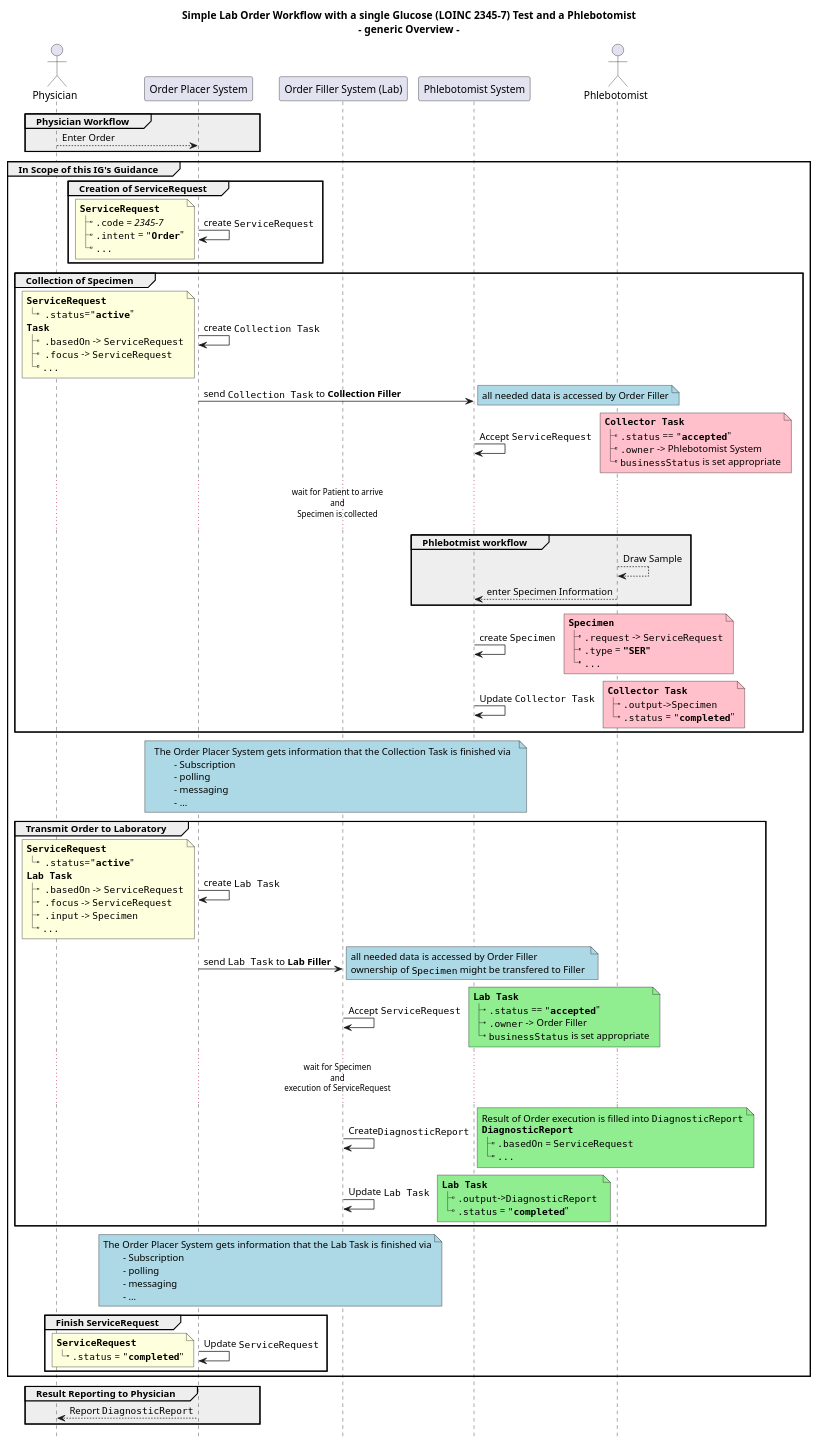
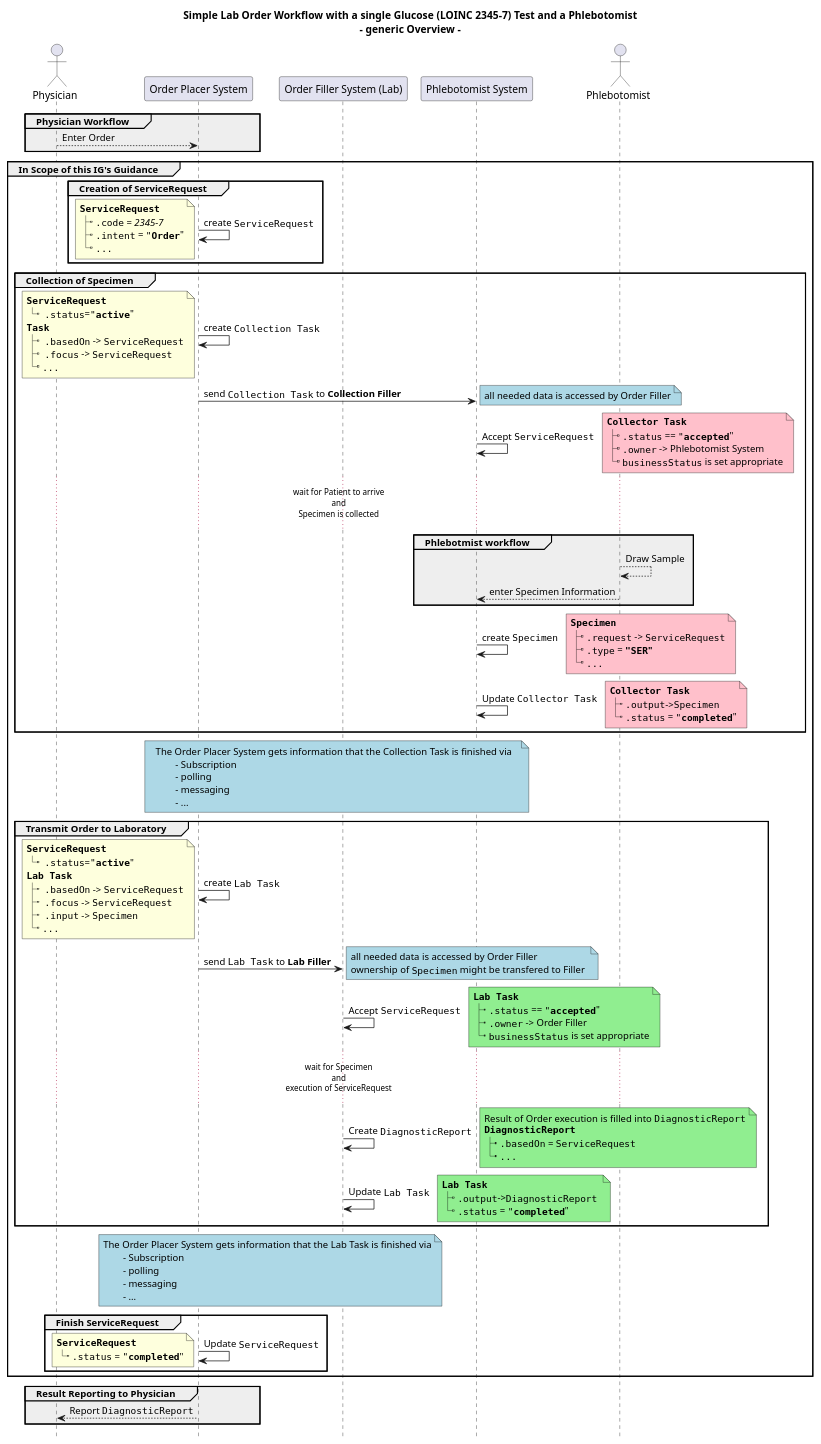
One commit to HL7/fhir-cow-ig changed the diagram in input/images-source/ex2-single-lab-order-flow-with-phlebotomist.plantuml. Above: the diagram before and after it, drawn with PlantUML.

Commit message:
Update ex2-single-lab-order-flow-with-phlebotomist.plantuml
Pretty print the plantuml File.

```diff
--- a/input/images-source/ex2-single-lab-order-flow-with-phlebotomist.plantuml
+++ b/input/images-source/ex2-single-lab-order-flow-with-phlebotomist.plantuml
@@ -1,171 +1,174 @@
 @startuml
 
 'skinparam sequenceMessageAlign center
 title 
 	Simple Lab Order Workflow with a single Glucose (LOINC 2345-7) Test and a Phlebotomist
 	- generic Overview -
 end title
 hide footbox
 
 'note across #turquoise
 '	**Assumptions:**
 '	- Physician knows which Specimen to draw (i.e. via an Order Catalog)
 '	- Specimen is drawn at a Phlebotomist
 '	- It is clear which Order Filler will execute the Order
 '	- ""ServiceRequest"" is owned by the Order Placer; changes are allowed only to be done by Placer
 '	- ""Task"" is a shared resource of Placer and Filler and updated by both
 '	- Order Result is reported via ""DiagnosticReport""
 '	- ""DiagnosticReport"" is owned by the Order Filler
 '	- Order is accepted and is fulfilled 
 '	- Lab internal flow is **out of scope**
 '	- All needed data is accessible
 '	- Phlebotmist knows where to send the sample to
 '	- Phlebotmist knows what to draw
 '	**Not defined**
 '	- Ownership of Specimen Resource (Ownership should/could/might change with the physical location)
 '	- Transport of the Sample
 'end note
 
 actor Physician as Doc
 participant "Order Placer System" as Placer
 participant "Order Filler System (Lab)" as Filler
 participant "Phlebotomist System" as Collector
 actor "Phlebotomist" as Phlebo
 
 
 group #eee Physician Workflow 
 	Doc --> Placer: Enter Order
 end
 
 group In Scope of this IG's Guidance 
 
-group Creation of ServiceRequest
-	Placer -> Placer: create ""ServiceRequest"" 
-	note left 
-		**""ServiceRequest""**
-		|_ "".code"" = //2345-7//
-		|_ "".intent"" = """**Order**"""
-		|_ ""...""
-	end note
-end
 
-group Collection of Specimen
-	Placer -> Placer: create ""Collection Task"" 
-	note left 
-		**""ServiceRequest""**
-		|_  "".status""="""**active**"""
-		**""Task""**
-		|_  "".basedOn"" -> ""ServiceRequest""
-		|_  "".focus"" -> ""ServiceRequest""
-		|_ ""...""
-	end note 
-	
-	Placer -> Collector: send ""Collection Task"" to **Collection Filler** 
-	note right #lightblue
-		all needed data is accessed by Order Filler
-	end note
-
-	Collector -> Collector: Accept ""ServiceRequest"" 
-	note right #pink
-		**""Collector Task""**
-		|_ "".status"" == """**accepted**"""
-		|_ "".owner"" -> Phlebotomist System 
-		|_ ""businessStatus"" is set appropriate
-	end note
-	
-	... wait for Patient to arrive \nand\nSpecimen is collected...
-	
-	group #eee Phlebotmist workflow
-		Phlebo --> Phlebo: Draw Sample
-		Phlebo --> Collector: enter Specimen Information
+	group Creation of ServiceRequest
+		Placer -> Placer: create ""ServiceRequest"" 
+		note left 
+			**""ServiceRequest""**
+			|_ "".code"" = //2345-7//
+			|_ "".intent"" = """**Order**"""
+			|_ ""...""
+		end note
 	end
 	
-	Collector -> Collector: create ""Specimen"" 
-	note right #pink
-		**""Specimen""**
-		|_ "".request"" -> ""ServiceRequest""
-		|_ "".type"" = **"""SER"""**
-		|_ ""...""
+
+	group Collection of Specimen
+		
+		Placer -> Placer: create ""Collection Task"" 
+		note left 
+			**""ServiceRequest""**
+			|_  "".status""="""**active**"""
+			**""Task""**
+			|_  "".basedOn"" -> ""ServiceRequest""
+			|_  "".focus"" -> ""ServiceRequest""
+			|_ ""...""
+		end note 
+		
+		Placer -> Collector: send ""Collection Task"" to **Collection Filler** 
+		note right #lightblue
+			all needed data is accessed by Order Filler
+		end note
+
+		Collector -> Collector: Accept ""ServiceRequest"" 
+		note right #pink
+			**""Collector Task""**
+			|_ "".status"" == """**accepted**"""
+			|_ "".owner"" -> Phlebotomist System 
+			|_ ""businessStatus"" is set appropriate
+		end note
+		
+		... wait for Patient to arrive \nand\nSpecimen is collected...
+		
+		group #eee Phlebotmist workflow
+			Phlebo --> Phlebo: Draw Sample
+			Phlebo --> Collector: enter Specimen Information
+		end
+		
+		Collector -> Collector: create ""Specimen"" 
+		note right #pink
+			**""Specimen""**
+			|_ "".request"" -> ""ServiceRequest""
+			|_ "".type"" = **"""SER"""**
+			|_ ""...""
+		end note
+		
+		Collector -> Collector: Update ""Collector Task""
+		note right #pink
+			**""Collector Task""**
+			|_ "".output""->""Specimen"" 
+			|_ "".status"" = """**completed**"""
+		end note
+	end
+
+	note over Placer, Collector #lightblue
+		The Order Placer System gets information that the Collection Task is finished via
+			- Subscription
+			- polling
+			- messaging
+			- ...
 	end note
-	
-	Collector -> Collector: Update ""Collector Task""
-	note right #pink
-		**""Collector Task""**
-		|_ "".output""->""Specimen"" 
-		|_ "".status"" = """**completed**"""
-	end note
-end
-
-note over Placer, Collector #lightblue
-	The Order Placer System gets information that the Collection Task is finished via
-		- Subscription
-		- polling
-		- messaging
-		- ...
-end note
 
 	group Transmit Order to Laboratory 
 		Placer -> Placer: create ""Lab Task"" 
 		note left 
 			**""ServiceRequest""**
 			|_  "".status""="""**active**"""
 			**""Lab Task""**
 			|_  "".basedOn"" -> ""ServiceRequest""
 			|_  "".focus"" -> ""ServiceRequest""
 			|_  "".input"" -> ""Specimen""
 			|_ ""...""
 		end note 
 		
 		Placer -> Filler: send ""Lab Task"" to **Lab Filler** 
 		note right #lightblue
 			all needed data is accessed by Order Filler
 			ownership of ""Specimen"" might be transfered to Filler 
 		end note
 	
 		Filler -> Filler: Accept ""ServiceRequest"" 
 		note right #lightgreen
 			**""Lab Task""**
 			|_ "".status"" == """**accepted**"""
 			|_ "".owner"" -> Order Filler
 			|_ ""businessStatus"" is set appropriate
 		end note
 		
 		... wait for Specimen \nand\nexecution of ServiceRequest...
 		
-		Filler -> Filler: Create""DiagnosticReport"" 
+		Filler -> Filler: Create ""DiagnosticReport"" 
 		note right #lightgreen
 			Result of Order execution is filled into ""DiagnosticReport""
 			**""DiagnosticReport""**
 			|_ "".basedOn"" = ""ServiceRequest""
 			|_ ""...""
 		end note 
 	
 		Filler -> Filler: Update ""Lab Task""
 		note right #lightgreen
 			**""Lab Task""**
 			|_ "".output""->""DiagnosticReport"" 
 			|_ "".status"" = """**completed**"""
 		end note
 	end
 	
 	note over Placer, Filler #lightblue
 		The Order Placer System gets information that the Lab Task is finished via
 			- Subscription
 			- polling
 			- messaging
 			- ...
 	end note
 	
 	group Finish ServiceRequest
 		Placer -> Placer: Update ""ServiceRequest"" 
 		note left
 			**""ServiceRequest""**
 			|_ "".status"" = """**completed**"""
 		end note
 	end
 end
 
 Group #eee Result Reporting to Physician
 	Placer --> Doc: Report ""DiagnosticReport""
 end
 @enduml
```
